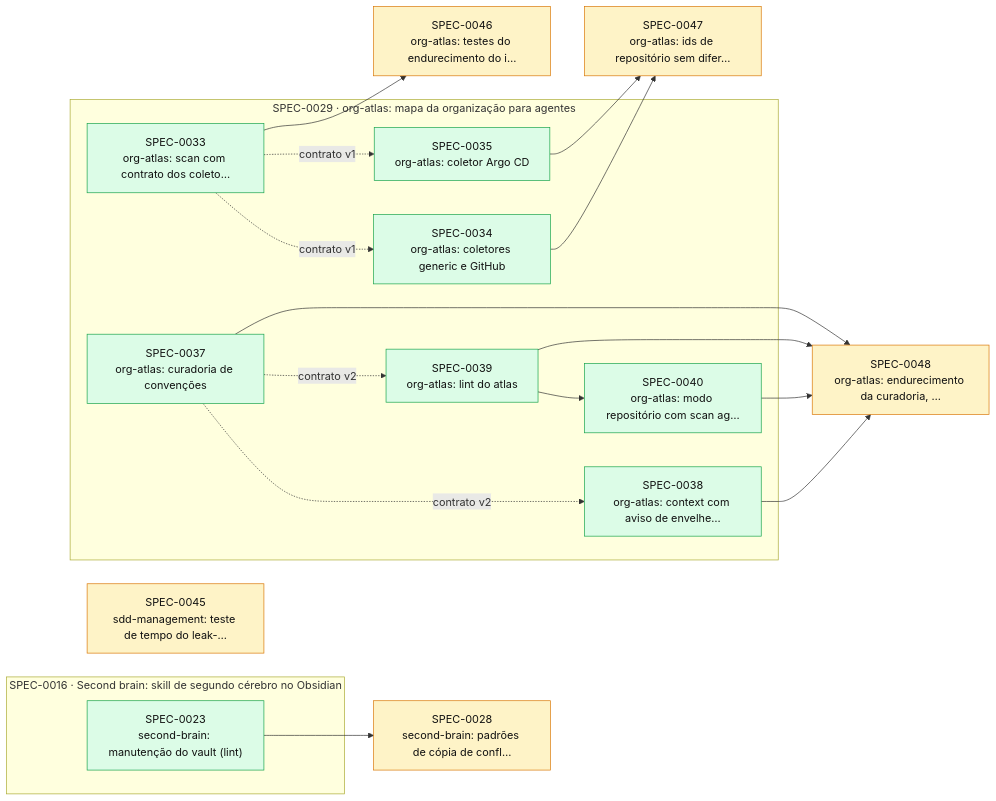
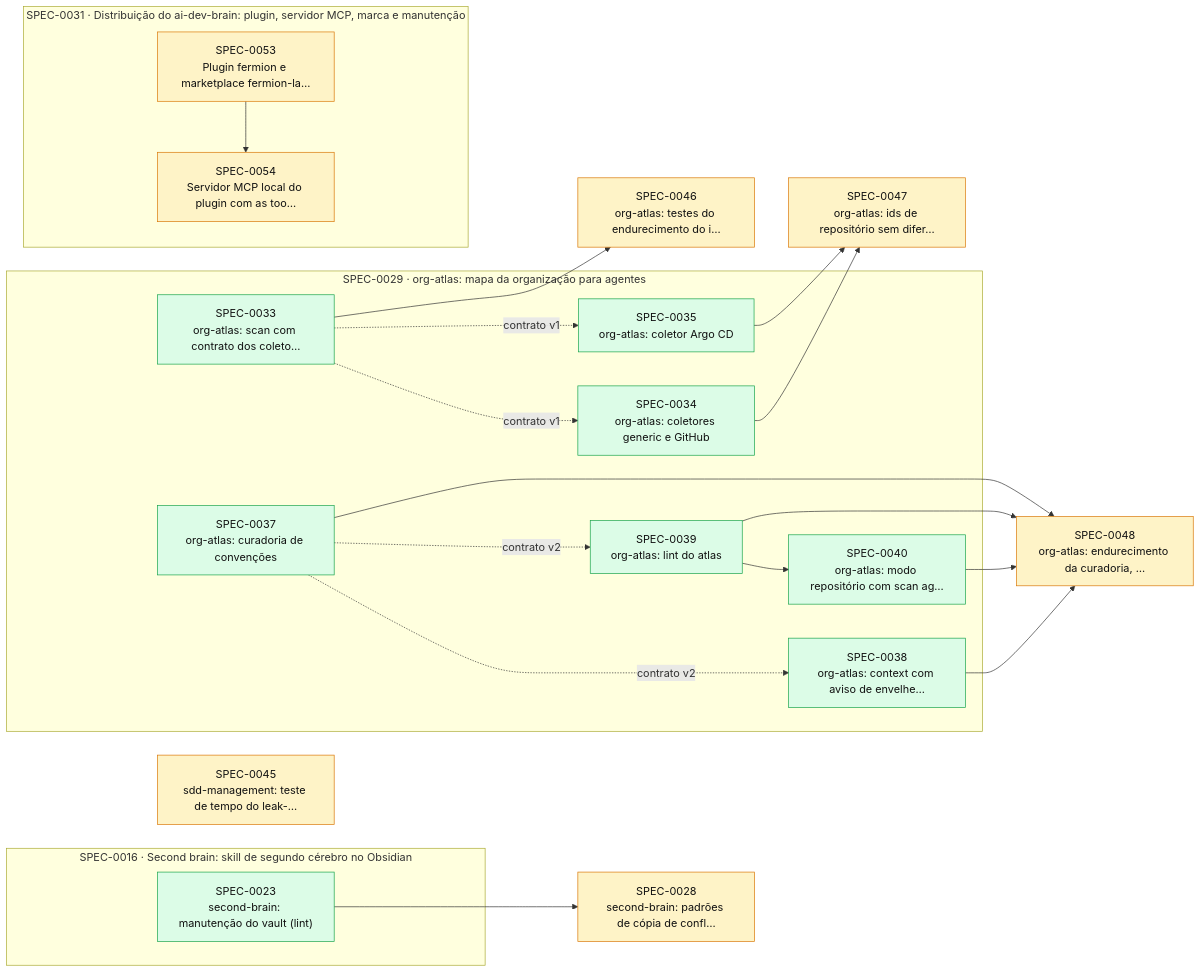
One commit to thomasravache/ai-dev-brain changed the diagram in docs/specs/INDEX.md. Above: the diagram before and after it, drawn with Mermaid. The commit also changed other lines of this file and 6 other files, not shown here.

First line of the commit message:
docs(specs): SPEC-0031 com a marca Fermion, filhas SPEC-0053 e SPEC-0054, ADR-0016 e ADR-0017

````diff
--- a/docs/specs/INDEX.md
+++ b/docs/specs/INDEX.md
@@ -52,38 +54,43 @@
 ```mermaid
 flowchart LR
   S0028["SPEC-0028<br/>second-brain: padrões de cópia de confl…"]:::proposed
   S0045["SPEC-0045<br/>sdd-management: teste de tempo do leak-…"]:::proposed
   S0046["SPEC-0046<br/>org-atlas: testes do endurecimento do i…"]:::proposed
   S0047["SPEC-0047<br/>org-atlas: ids de repositório sem difer…"]:::proposed
   S0048["SPEC-0048<br/>org-atlas: endurecimento da curadoria, …"]:::proposed
   subgraph E0016["SPEC-0016 · Second brain: skill de segundo cérebro no Obsidian"]
     S0023["SPEC-0023<br/>second-brain: manutenção do vault (lint)"]:::implemented
   end
   subgraph E0029["SPEC-0029 · org-atlas: mapa da organização para agentes"]
     S0033["SPEC-0033<br/>org-atlas: scan com contrato dos coleto…"]:::implemented
     S0034["SPEC-0034<br/>org-atlas: coletores generic e GitHub"]:::implemented
     S0035["SPEC-0035<br/>org-atlas: coletor Argo CD"]:::implemented
     S0037["SPEC-0037<br/>org-atlas: curadoria de convenções"]:::implemented
     S0038["SPEC-0038<br/>org-atlas: context com aviso de envelhe…"]:::implemented
     S0039["SPEC-0039<br/>org-atlas: lint do atlas"]:::implemented
     S0040["SPEC-0040<br/>org-atlas: modo repositório com scan ag…"]:::implemented
   end
+  subgraph E0031["SPEC-0031 · Distribuição do ai-dev-brain: plugin, servidor MCP, marca e manutenção"]
+    S0053["SPEC-0053<br/>Plugin fermion e marketplace fermion-la…"]:::proposed
+    S0054["SPEC-0054<br/>Servidor MCP local do plugin com as too…"]:::proposed
+  end
   S0023 --> S0028
   S0033 -. contrato v1 .-> S0034
   S0033 -. contrato v1 .-> S0035
   S0037 -. contrato v2 .-> S0038
   S0037 -. contrato v2 .-> S0039
   S0039 --> S0040
   S0033 --> S0046
   S0034 --> S0047
   S0035 --> S0047
   S0037 --> S0048
   S0038 --> S0048
   S0039 --> S0048
   S0040 --> S0048
+  S0053 --> S0054
   classDef proposed fill:#fef3c7,stroke:#d97706,color:#111
   classDef approved fill:#dbeafe,stroke:#2563eb,color:#111
   classDef inprogress fill:#ede9fe,stroke:#7c3aed,color:#111
   classDef implemented fill:#dcfce7,stroke:#16a34a,color:#111
   classDef deprecated fill:#f3f4f6,stroke:#9ca3af,color:#6b7280
 ```
````
